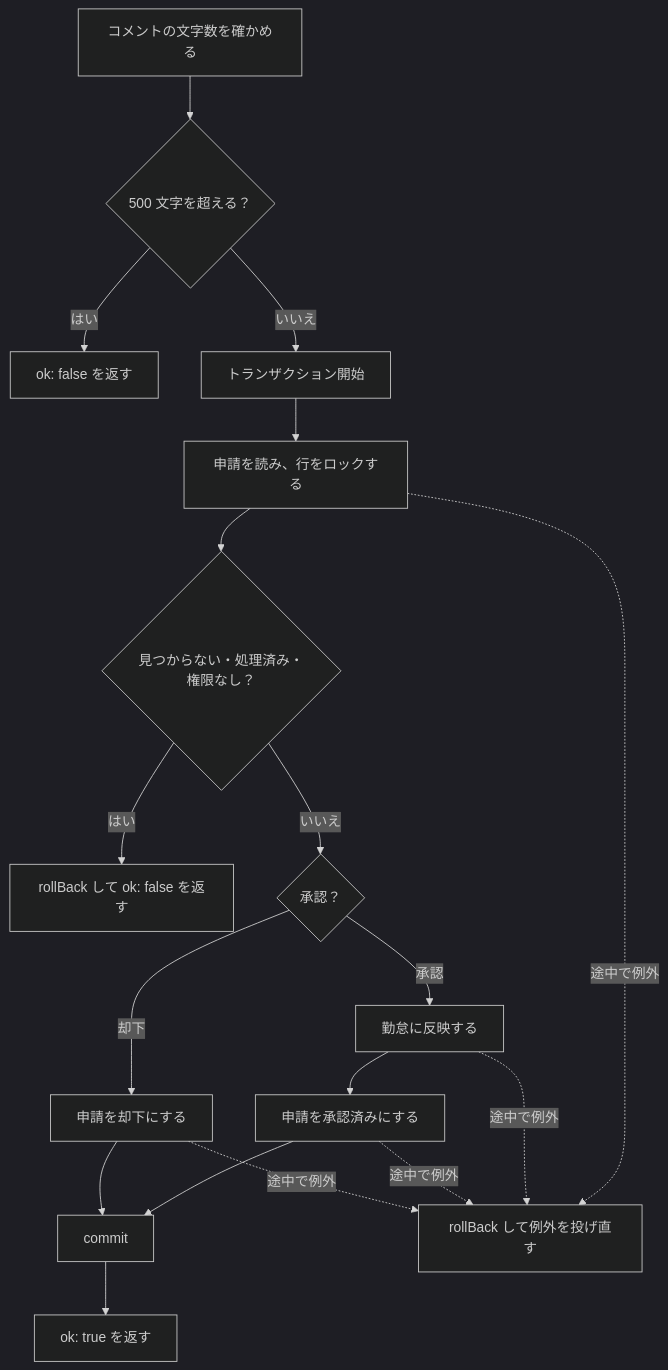
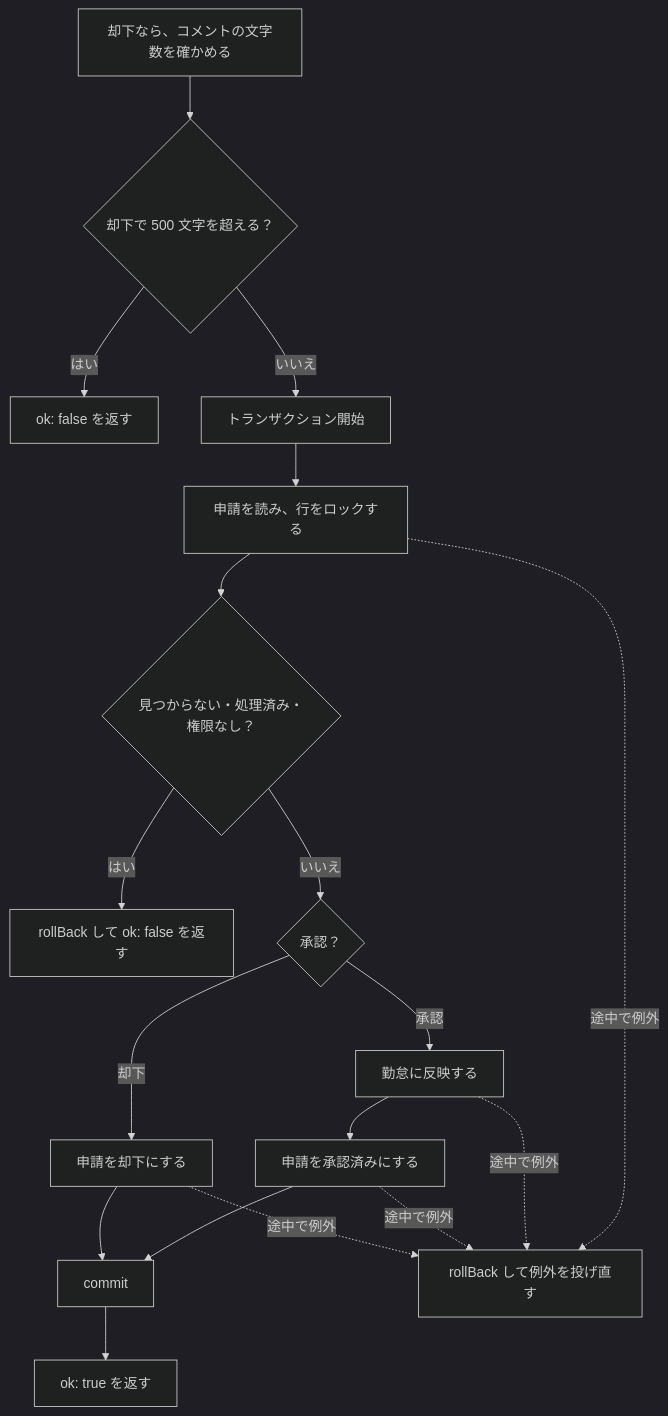
The diagram in docs/解説/コードを読む/src_approvals.md (9r4/nm_attendance), drawn with Mermaid (dark theme) before and after one commit. The commit also changed other lines of this file and 37 other files, not shown here.

````diff
--- a/docs/解説/コードを読む/src_approvals.md
+++ b/docs/解説/コードを読む/src_approvals.md
@@ -149,20 +149,20 @@
 ```mermaid
 flowchart TD
-    A[コメントの文字数を確かめる] --> B{500 文字を超える？}
+    A[却下なら、コメントの文字数を確かめる] --> B{却下で 500 文字を超える？}
     B -- はい --> E1[ok: false を返す]
     B -- いいえ --> C[トランザクション開始]
     C --> D[申請を読み、行をロックする]
     D --> F{見つからない・処理済み・権限なし？}
     F -- はい --> R1[rollBack して ok: false を返す]
     F -- いいえ --> G{承認？}
     G -- 承認 --> H[勤怠に反映する]
     H --> I[申請を承認済みにする]
     G -- 却下 --> J[申請を却下にする]
     I --> K[commit]
     J --> K
     K --> L[ok: true を返す]
     D -. 途中で例外 .-> X[rollBack して例外を投げ直す]
     H -. 途中で例外 .-> X
     I -. 途中で例外 .-> X
     J -. 途中で例外 .-> X
 ```
````
